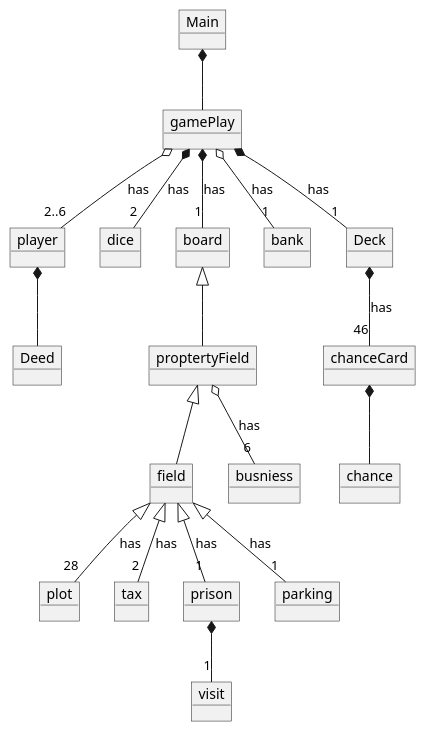
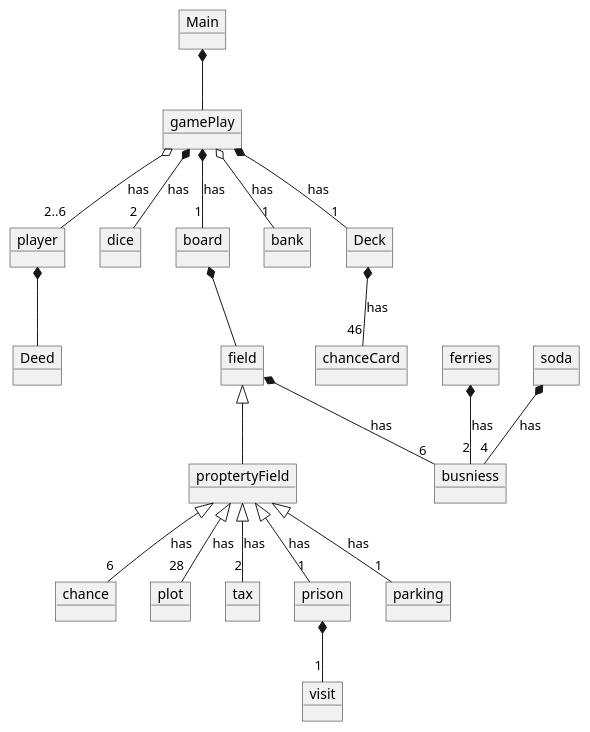
The diagram in doc/Plan/Domænemodel.puml (Dat1Cphbusiness/MonopolyE24), drawn with PlantUML before and after one commit. The commit also changed 1 other file, not shown here.

```diff
--- a/doc/Plan/Domænemodel.puml
+++ b/doc/Plan/Domænemodel.puml
@@ -1,40 +1,44 @@
 @startuml
 
 object Main
 object gamePlay
 object player
 object dice
 object board
 object field
 object chanceCard
 object bank
 object chance
 object busniess
 object plot
 object tax
 object prison
 object visit
 object Deck
 object parking
 object proptertyField
 object Deed
+object ferries
+object soda
 
 Main *-- gamePlay
 gamePlay o-- "2..6" player: has
-proptertyField <|-- field
+field <|-- proptertyField
 prison *-- "1" visit
 gamePlay *-- "2" dice: has
-proptertyField o--"6" busniess: has
-field <|-- "1" prison: has
-field <|-- "2" tax: has
-field <|-- "1" parking: has
-field <|-- "28" plot: has
+field *--"6" busniess: has
+ferries *--"2" busniess: has
+soda *--"4" busniess: has
+board *-- field
+proptertyField <|-- "1" prison: has
+proptertyField <|-- "2" tax: has
+proptertyField <|-- "1" parking: has
+proptertyField <|-- "28" plot: has
+proptertyField <|-- "6" chance: has
 gamePlay o-- "1" bank: has
 gamePlay *-- "1" board: has
 gamePlay *-- "1" Deck: has
 Deck *-- "46" chanceCard: has
-chanceCard *-- chance
-board <|-- proptertyField
 player *-- Deed
 
 @enduml
```
